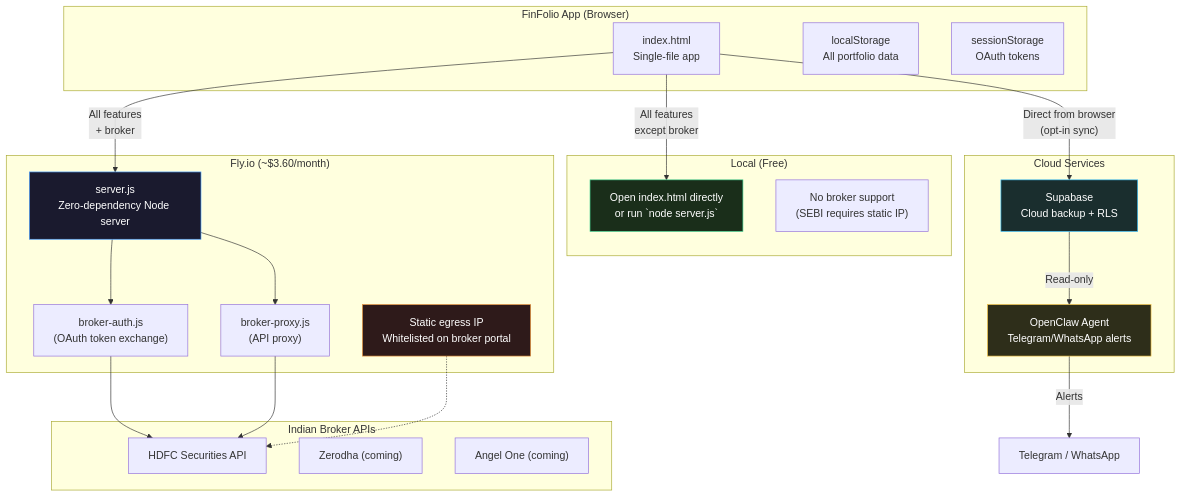
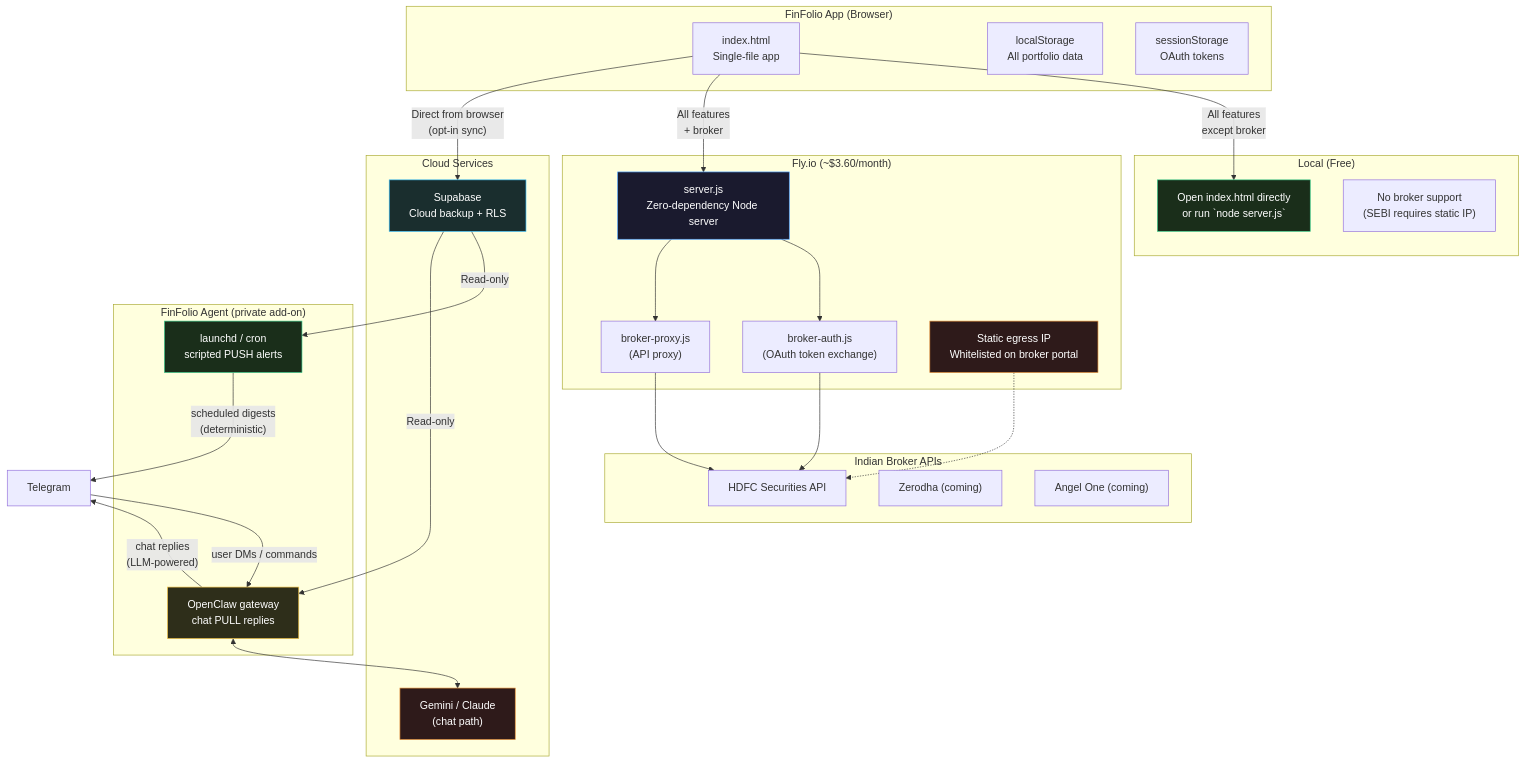
The third of 3 diagrams in docs/ARCHITECTURE.md (balajiregt/myFinance), drawn with Mermaid before and after one commit. The commit also changed 1 other file, not shown here.

Commit message:
docs: describe hybrid PUSH+PULL agent architecture
Reframe FinFolio Agent section to explain the two complementary
interaction paths: deterministic launchd+Python alerts (PUSH) and
local-LLM Telegram chat (PULL). Both verified on 8 GB M1.

Architecture diagram updated to show the agent layer with both
launchd and OpenClaw feeding the same Telegram bot.

````diff
--- a/docs/ARCHITECTURE.md
+++ b/docs/ARCHITECTURE.md
@@ -102,48 +102,59 @@
 ```mermaid
 flowchart TD
     subgraph Browser ["FinFolio App (Browser)"]
         APP["index.html<br/>Single-file app"]
         LS["localStorage<br/>All portfolio data"]
         SS["sessionStorage<br/>OAuth tokens"]
     end
 
     subgraph Local ["Local (Free)"]
         FILE["Open index.html directly<br/>or run `node server.js`"]
         NL["No broker support<br/>(SEBI requires static IP)"]
     end
 
     subgraph FlyIO ["Fly.io (~$3.60/month)"]
         SRV["server.js<br/>Zero-dependency Node server"]
         BA["broker-auth.js<br/>(OAuth token exchange)"]
         BP["broker-proxy.js<br/>(API proxy)"]
         SIP["Static egress IP<br/>Whitelisted on broker portal"]
     end
 
     subgraph Broker ["Indian Broker APIs"]
         HDFC["HDFC Securities API"]
         ZER["Zerodha (coming)"]
         ANG["Angel One (coming)"]
     end
 
     subgraph Cloud ["Cloud Services"]
         SB["Supabase<br/>Cloud backup + RLS"]
-        OC["OpenClaw Agent<br/>Telegram/WhatsApp alerts"]
+        GM["Gemini / Claude<br/>(chat path)"]
+    end
+
+    subgraph AgentLayer ["FinFolio Agent (private add-on)"]
+        LD["launchd / cron<br/>scripted PUSH alerts"]
+        OC["OpenClaw gateway<br/>chat PULL replies"]
     end
 
     APP -- "All features<br/>except broker" --> FILE
     APP -- "All features<br/>+ broker" --> SRV
     SRV --> BA
     SRV --> BP
     BA --> HDFC
     BP --> HDFC
     SIP -.-> HDFC
     APP -- "Direct from browser<br/>(opt-in sync)" --> SB
+    SB -- "Read-only" --> LD
     SB -- "Read-only" --> OC
-    OC -- "Alerts" --> TG["Telegram / WhatsApp"]
+    LD -- "scheduled digests<br/>(deterministic)" --> TG["Telegram"]
+    OC -- "chat replies<br/>(LLM-powered)" --> TG
+    TG -- "user DMs / commands" --> OC
+    OC <--> GM
 
     style FILE fill:#1a2e1a,stroke:#3ecf8e,color:#fff
     style SRV fill:#1a1a2e,stroke:#4a9eff,color:#fff
     style SIP fill:#2e1a1a,stroke:#e8923a,color:#fff
     style SB fill:#1a2e2e,stroke:#38bdf8,color:#fff
+    style LD fill:#1a2e1a,stroke:#3ecf8e,color:#fff
     style OC fill:#2e2e1a,stroke:#f0c040,color:#fff
+    style GM fill:#2e1a1a,stroke:#e8923a,color:#fff
 ```
````
